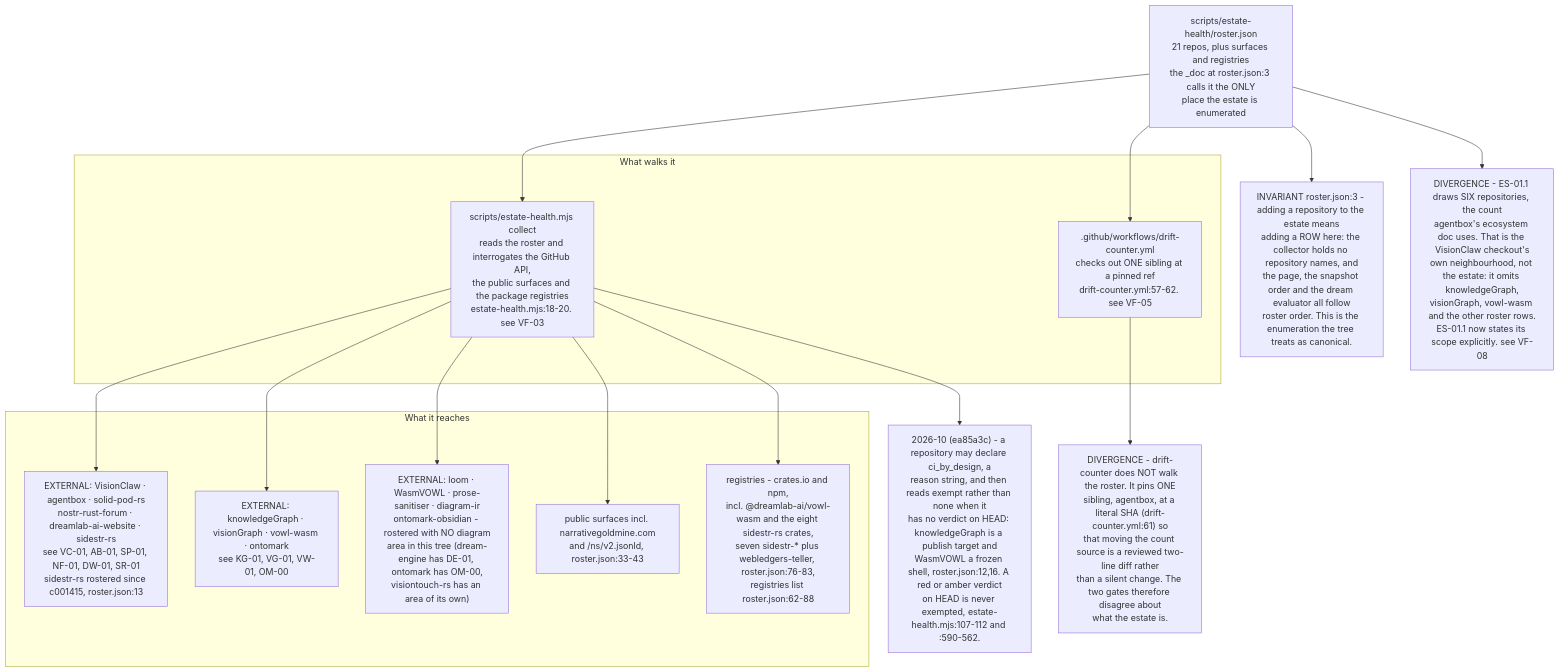
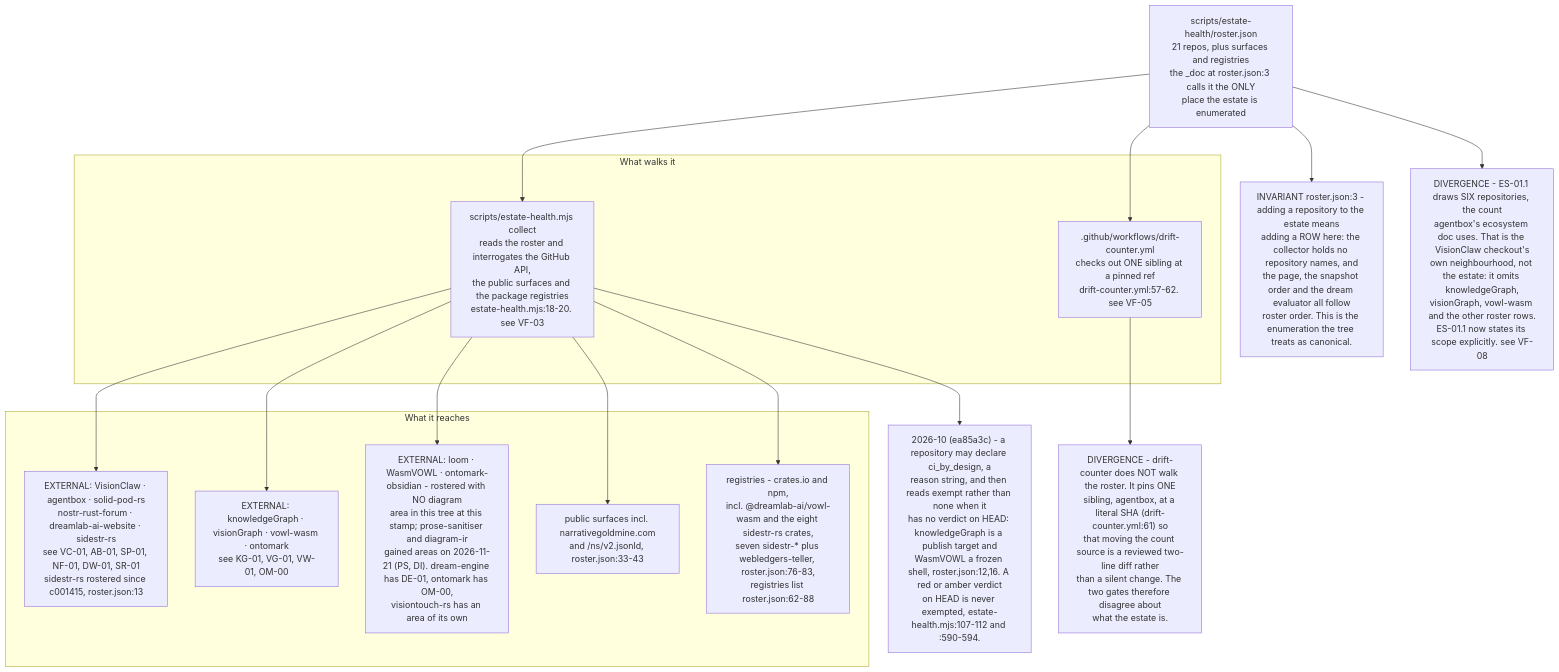
Before and after one commit to DreamLab-AI/VisionFlow: the fifth of 5 diagrams in docs/diagrams/estate/11-publishing-axis.md, drawn with Mermaid. The commit also changed other lines of this file and 5 other files, not shown here.

````diff
--- a/docs/diagrams/estate/11-publishing-axis.md
+++ b/docs/diagrams/estate/11-publishing-axis.md
@@ -148,35 +152,35 @@
 ```mermaid
 flowchart TB
     ROSTER["scripts/estate-health/roster.json<br/>21 repos, plus surfaces and registries<br/>the _doc at roster.json:3 calls it the ONLY<br/>place the estate is enumerated"]
 
     subgraph READERS["What walks it"]
         EH["scripts/estate-health.mjs collect<br/>reads the roster and interrogates the GitHub API,<br/>the public surfaces and the package registries<br/>estate-health.mjs:18-20. see VF-03"]
         DC[".github/workflows/drift-counter.yml<br/>checks out ONE sibling at a pinned ref<br/>drift-counter.yml:57-62. see VF-05"]
     end
 
     subgraph TARGETS["What it reaches"]
         R1["EXTERNAL: VisionClaw · agentbox · solid-pod-rs<br/>nostr-rust-forum · dreamlab-ai-website · sidestr-rs<br/>see VC-01, AB-01, SP-01, NF-01, DW-01, SR-01<br/>sidestr-rs rostered since c001415, roster.json:13"]
         R2["EXTERNAL: knowledgeGraph · visionGraph · vowl-wasm · ontomark<br/>see KG-01, VG-01, VW-01, OM-00"]
-        R3["EXTERNAL: loom · WasmVOWL · prose-sanitiser · diagram-ir<br/>ontomark-obsidian - rostered with NO diagram<br/>area in this tree (dream-engine has DE-01, ontomark has OM-00,<br/>visiontouch-rs has an area of its own)"]
+        R3["EXTERNAL: loom · WasmVOWL · ontomark-obsidian - rostered with NO diagram<br/>area in this tree at this stamp; prose-sanitiser and diagram-ir<br/>gained areas on 2026-11-21 (PS, DI). dream-engine has DE-01, ontomark has OM-00,<br/>visiontouch-rs has an area of its own"]
         SURF["public surfaces incl. narrativegoldmine.com<br/>and /ns/v2.jsonld, roster.json:33-43"]
         REG["registries - crates.io and npm,<br/>incl. @dreamlab-ai/vowl-wasm and the eight sidestr-rs crates,<br/>seven sidestr-* plus webledgers-teller, roster.json:76-83,<br/>registries list roster.json:62-88"]
     end
 
     ROSTER --> EH
     ROSTER --> DC
     EH --> R1
     EH --> R2
     EH --> R3
     EH --> SURF
     EH --> REG
 
     INV["INVARIANT roster.json:3 - adding a repository to the estate means<br/>adding a ROW here: the collector holds no repository names, and<br/>the page, the snapshot order and the dream evaluator all follow<br/>roster order. This is the enumeration the tree treats as canonical."]
     D1["DIVERGENCE - drift-counter does NOT walk the roster. It pins ONE<br/>sibling, agentbox, at a literal SHA (drift-counter.yml:61) so<br/>that moving the count source is a reviewed two-line diff rather<br/>than a silent change. The two gates therefore disagree about<br/>what the estate is."]
     D2["DIVERGENCE - ES-01.1 draws SIX repositories, the count<br/>agentbox's ecosystem doc uses. That is the VisionClaw checkout's<br/>own neighbourhood, not the estate: it omits knowledgeGraph,<br/>visionGraph, vowl-wasm and the other roster rows.<br/>ES-01.1 now states its scope explicitly. see VF-08"]
 
-    EXEMPT["2026-10 (ea85a3c) - a repository may declare ci_by_design, a<br/>reason string, and then reads exempt rather than none when it<br/>has no verdict on HEAD: knowledgeGraph is a publish target and<br/>WasmVOWL a frozen shell, roster.json:12,16. A red or amber verdict<br/>on HEAD is never exempted, estate-health.mjs:107-112 and :590-562."]
+    EXEMPT["2026-10 (ea85a3c) - a repository may declare ci_by_design, a<br/>reason string, and then reads exempt rather than none when it<br/>has no verdict on HEAD: knowledgeGraph is a publish target and<br/>WasmVOWL a frozen shell, roster.json:12,16. A red or amber verdict<br/>on HEAD is never exempted, estate-health.mjs:107-112 and :590-594."]
     EH --> EXEMPT
     ROSTER --> INV
     DC --> D1
     ROSTER --> D2
 ```
````
